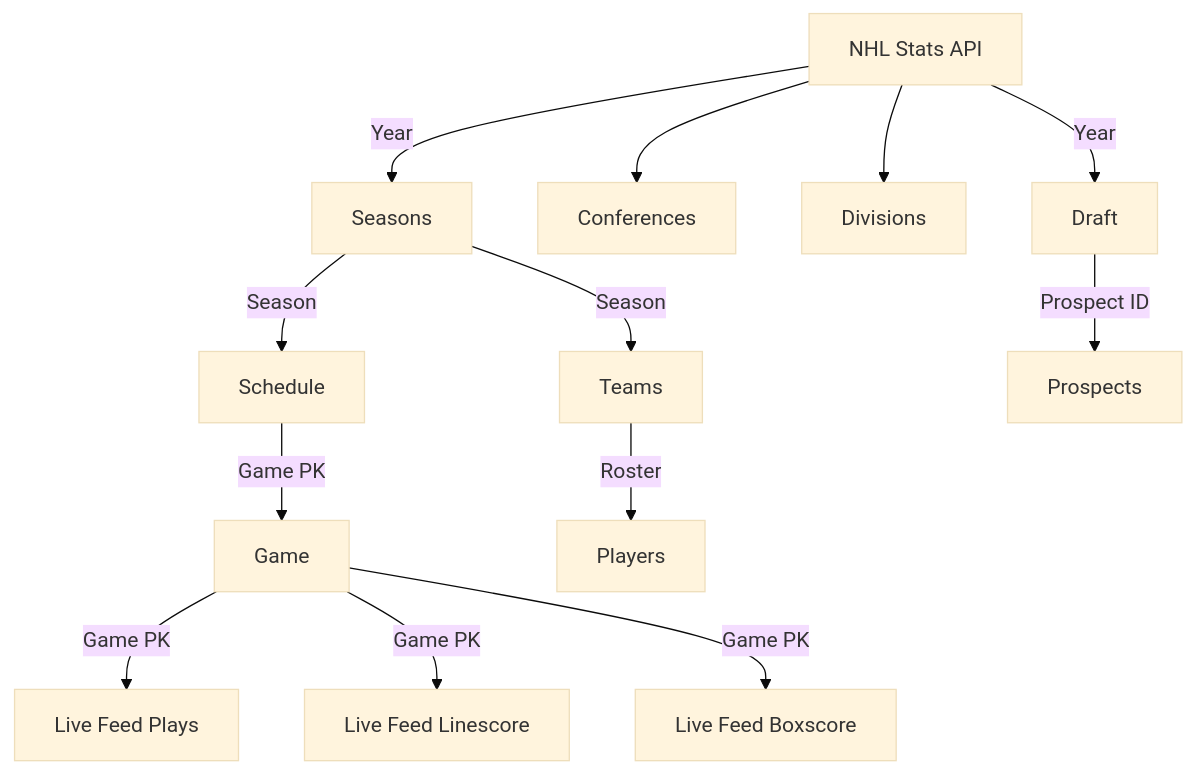
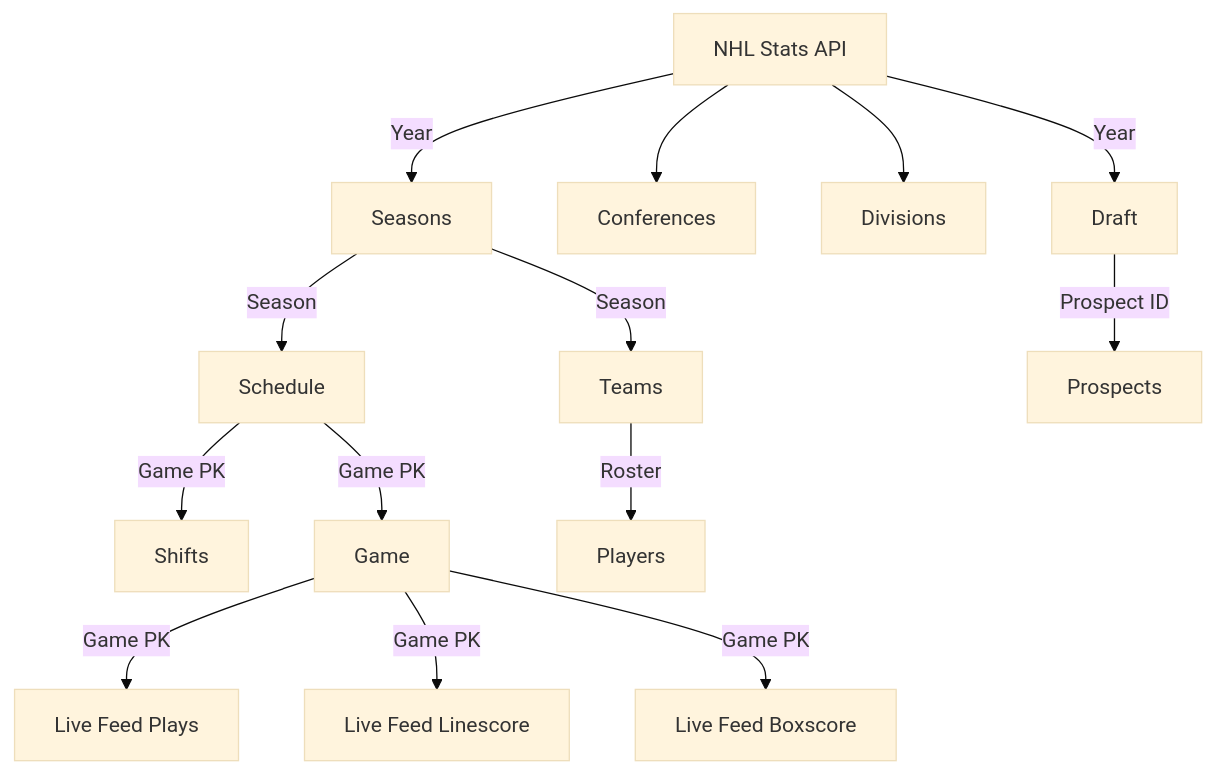
The diagram in README.md (the-data-base/tap-nhl), drawn with Mermaid (base theme) before and after one commit. The commit also changed other lines of this file, not shown here.

````diff
--- a/README.md
+++ b/README.md
@@ -9,15 +9,16 @@
 ```mermaid
 flowchart TD
 Root[NHL Stats API] -->|Year| Seasons[Seasons]
 Root[NHL Stats API] --> Conferences[Conferences]
 Root[NHL Stats API] --> Divisions[Divisions]
 Root[NHL Stats API] -->|Year| Draft[Draft]
 Seasons[Seasons] -->|Season| Schedule[Schedule]
 Seasons[Seasons] --> |Season| Teams[Teams]
+Schedule[Schedule] -->|Game PK| Shifts[Shifts]
 Schedule[Schedule] -->|Game PK| Game[Game]
 Game[Game] -->|Game PK| Plays[Live Feed Plays]
 Game[Game] -->|Game PK| Linescore[Live Feed Linescore]
 Game[Game] -->|Game PK| Boxscore[Live Feed Boxscore]
 Teams[Teams] --> |Roster| Player[Players]
 Draft[Draft] -->|Prospect ID| Prospects[Prospects]
 ```
````
